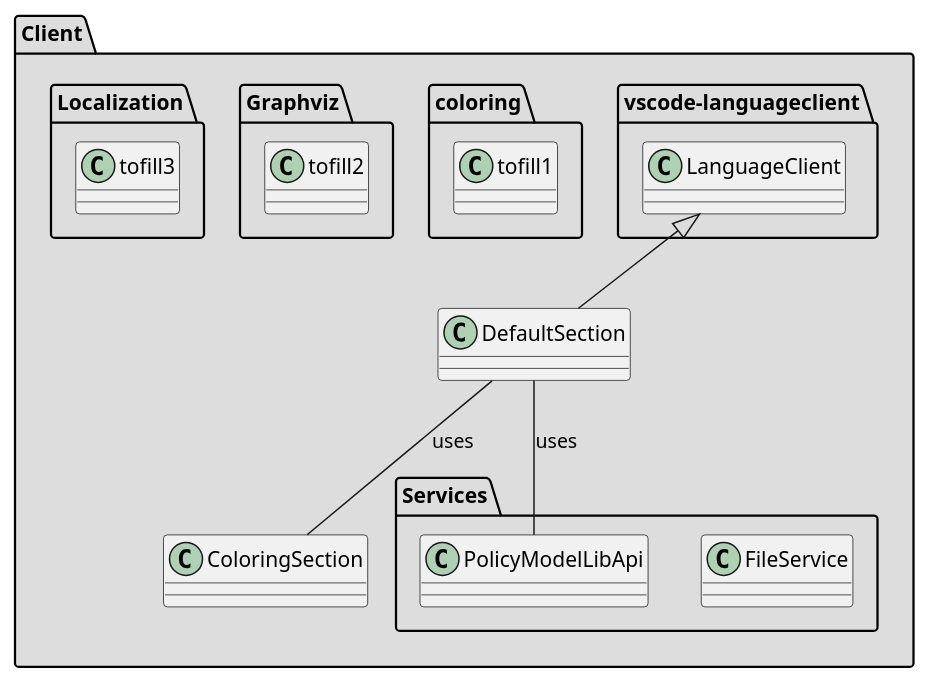
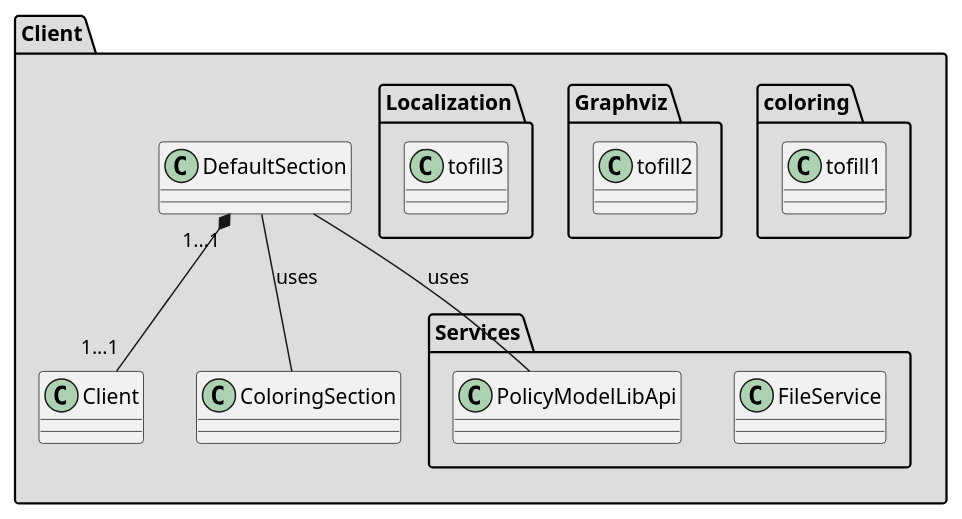
Before and after one commit to wolfj123/PolicyModelsPlugin: the diagram in diagrams/client/ClientMetaDiagram.puml, drawn with PlantUML. The commit also changed 5 other files, not shown here.

Commit message:
java diagrams

```diff
--- a/diagrams/client/ClientMetaDiagram.puml
+++ b/diagrams/client/ClientMetaDiagram.puml
@@ -1,37 +1,33 @@
 @startuml
 
 package Client #DDDDDD {
 
-    package vscode-languageclient  {
-        class LanguageClient
-    }
-
     class DefaultSection
+    class Client
     class ColoringSection
 
     package coloring {
         class tofill1
     }
 
     package Graphviz{
         class tofill2
     }
 
     package Services{
         class FileService
         class PolicyModelLibApi
     }
 
     package Localization {
         class tofill3
     }
-
-    DefaultSection -up-|> LanguageClient
-    
+   
     DefaultSection -- PolicyModelLibApi : uses
     DefaultSection -- ColoringSection : uses
+    DefaultSection "1...1" *-- "1...1" Client
 }
 
 
 
 @enduml
```
